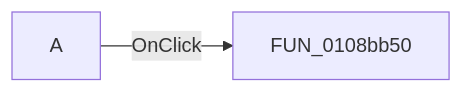
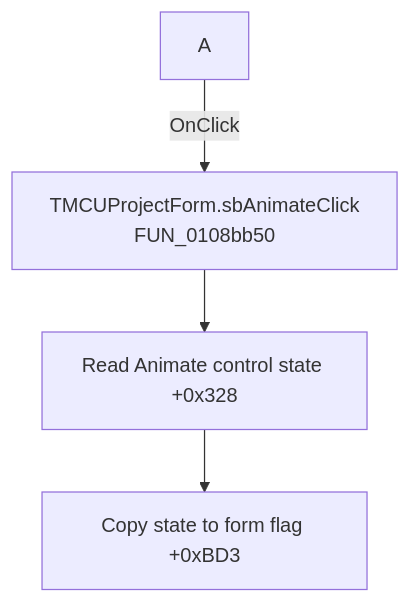
One commit to MovGP0/TIARA changed the diagram in docs/ui-controls/mcuprojectform/sbanimate-a7683b5bc4.md. Above: the diagram before and after it, drawn with Mermaid. The commit also changed other lines of this file and 1062 other files, not shown here.

````diff
--- a/docs/ui-controls/mcuprojectform/sbanimate-a7683b5bc4.md
+++ b/docs/ui-controls/mcuprojectform/sbanimate-a7683b5bc4.md
@@ -27,4 +27,6 @@
 ```mermaid
-flowchart LR
-    control["A"] -->|OnClick| handler["FUN_0108bb50"]
+flowchart TD
+    control["A"] -->|OnClick| handler["TMCUProjectForm.sbAnimateClick<br/>FUN_0108bb50"]
+    handler --> state["Read Animate control state +0x328"]
+    state --> store["Copy state to form flag +0xBD3"]
 ```
````
